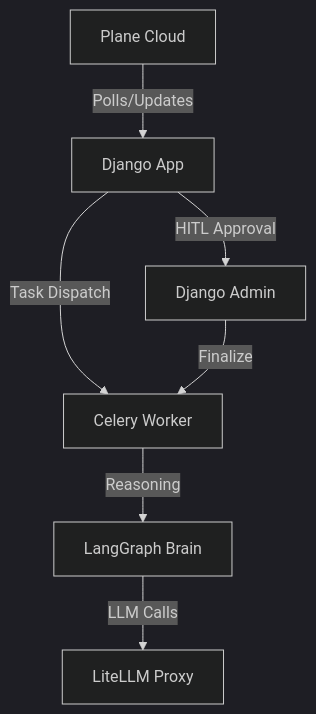
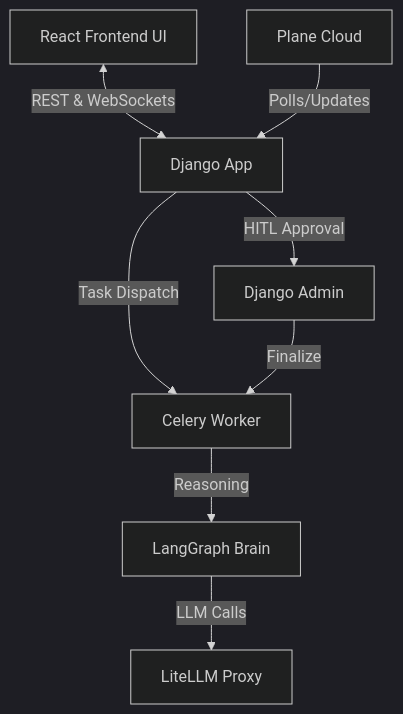
Before and after one commit to anuj6316/pm_bot: the diagram in README.md, drawn with Mermaid (dark theme). The commit also changed other lines of this file and 3 other files, not shown here.

First line of the commit message:
docs: update architecture, status and add comprehensive testing guide

````diff
--- a/README.md
+++ b/README.md
@@ -18,9 +18,10 @@
 ```mermaid
 graph TD
-    Plane[Plane Cloud] -->|Polls/Updates| DJ[Django App]
+    UI[React Frontend UI] <-->|REST & WebSockets| DJ[Django App]
+    Plane[Plane Cloud] -->|Polls/Updates| DJ
     DJ -->|Task Dispatch| Celery[Celery Worker]
     Celery -->|Reasoning| Brain[LangGraph Brain]
     Brain -->|LLM Calls| LiteLLM[LiteLLM Proxy]
     DJ -->|HITL Approval| Admin[Django Admin]
     Admin -->|Finalize| Celery
 ```
````
